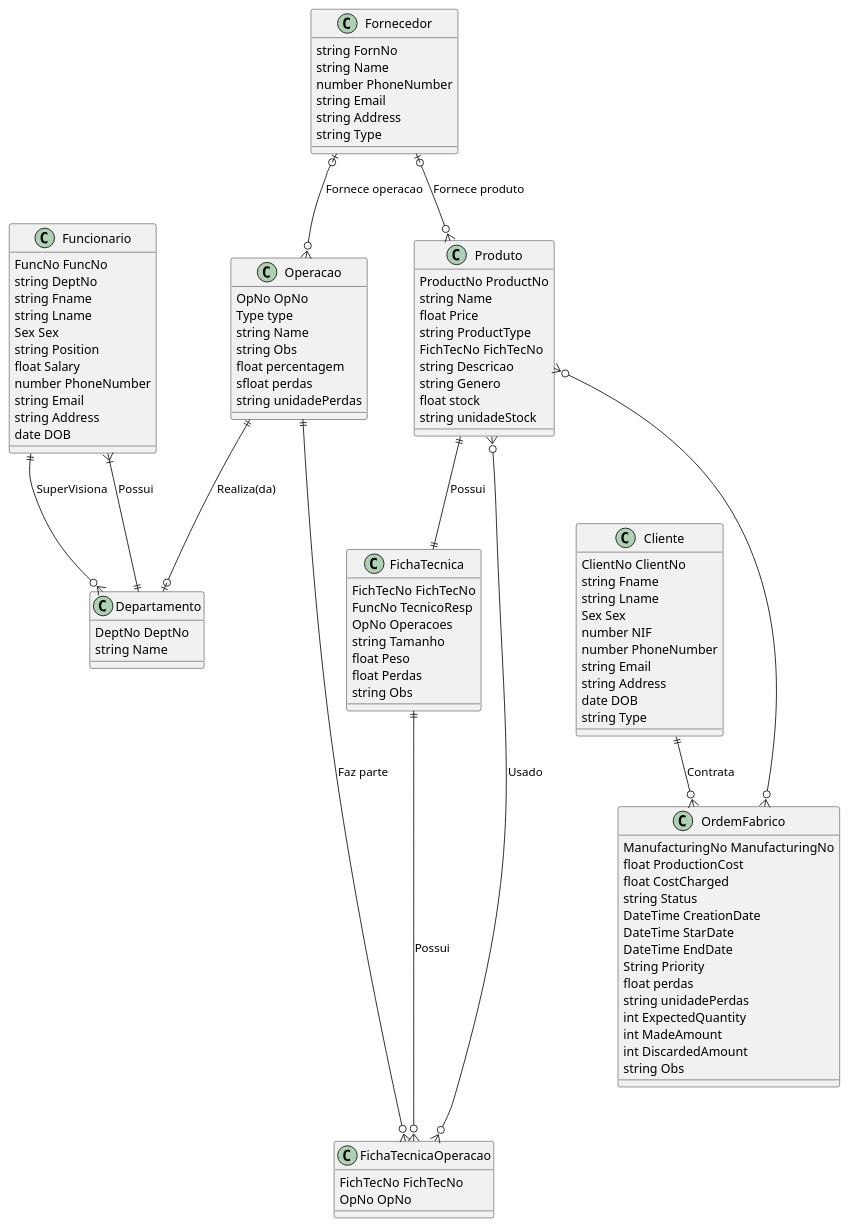
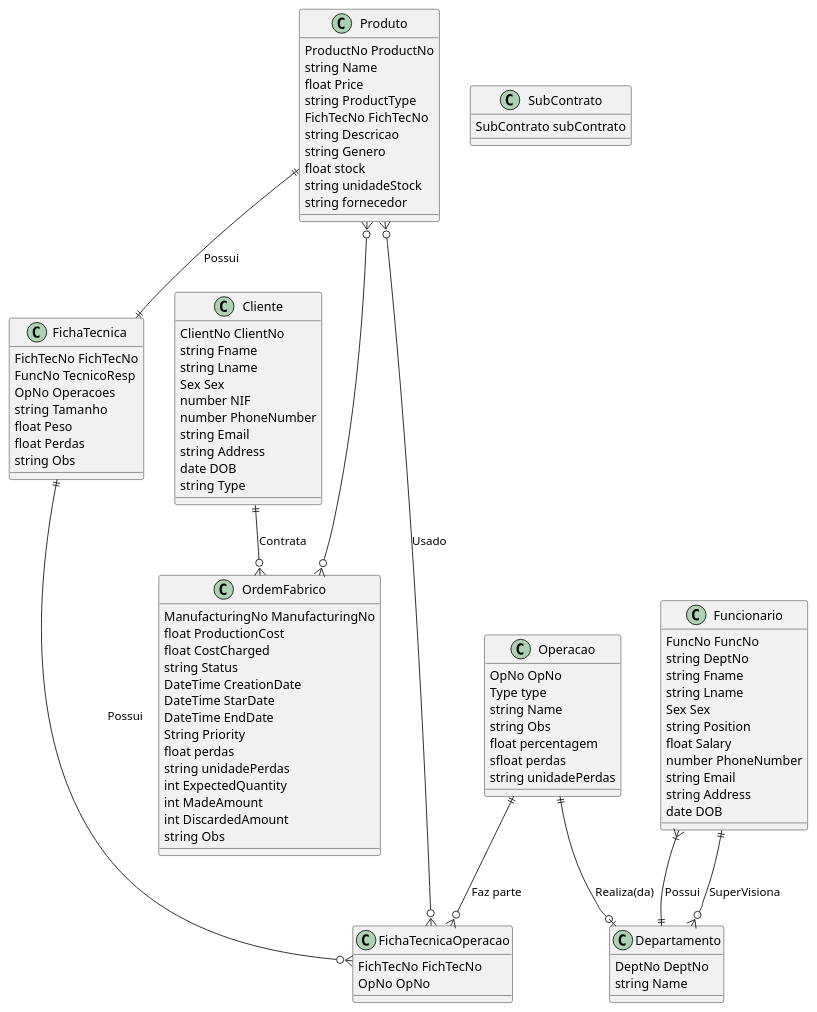
The diagram in TabelasAtributos/Atributos1_2.plantuml (Arturito2005/TrabalhoBD), drawn with PlantUML before and after one commit.

```diff
--- a/TabelasAtributos/Atributos1_2.plantuml
+++ b/TabelasAtributos/Atributos1_2.plantuml
@@ -53,6 +53,11 @@
 
 /'
 O stock é quantidade que tem de produto
+O fornecedor vai ter os campos da tabela e o produto 
+pode ter varios
+
+Talvez haja uma tabela materiais que liga juntamente
+ao produto há tabela operação
 '/
 class Produto {
     ProductNo ProductNo
@@ -64,6 +69,7 @@
     string Genero
     float stock 
     string unidadeStock
+    string fornecedor 
 }
 
 /'
@@ -80,6 +86,11 @@
     string Obs
 }
 
+/'
+Penso que o setor não quer isto, ele vai querer
+secalhar que em vez disto, liguemos o produto e a 
+operacao diretamente ha ordem de Fabrico
+'/
 class FichaTecnicaOperacao {
     FichTecNo FichTecNo
     OpNo OpNo
@@ -97,6 +108,10 @@
     float percentagem
     sfloat perdas 
     string unidadePerdas
+}
+
+class SubContrato {
+    SubContrato subContrato
 }
 
 
@@ -139,6 +154,8 @@
     string Type  
 }
 
+/'
+Vai estar dentro do Produto
 class Fornecedor {
     string FornNo 
     string Name 
@@ -148,17 +165,13 @@
     string Type 
 }
 
+'/
+
 /'
 Relacionamento dos Funcionarios
 '/
 Funcionario }|--|| Departamento: Possui
 Funcionario ||--o{ Departamento: SuperVisiona 
-
-/'
-Relacionamento do Fornecedor
-'/
-Fornecedor |o--o{ Produto: Fornece produto
-Fornecedor |o--o{ Operacao: Fornece operacao
 
 /'
 Relacionamento Operacao
```
